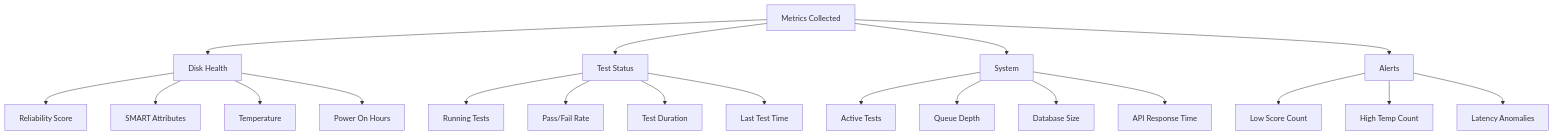
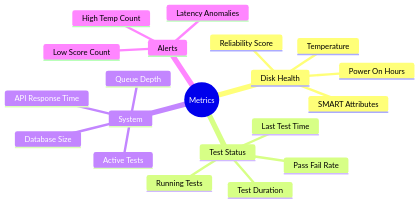
Diagram 12 of 12 in ARCHITECTURE.md (jwcrowley/burnie), drawn with Mermaid before and after one commit.

Commit message:
Restore mindmap diagram
User prefers mindmap format despite GitHub rendering quirks

````diff
--- a/ARCHITECTURE.md
+++ b/ARCHITECTURE.md
@@ -485,51 +485,23 @@
 ```mermaid
-graph TB
-    METRICS[Metrics Collected]
-
-    DH[Disk Health]
-    DH_RS[Reliability Score]
-    DH_SMART[SMART Attributes]
-    DH_TEMP[Temperature]
-    DH_PWR[Power On Hours]
-
-    TS[Test Status]
-    TS_RUN[Running Tests]
-    TS_RATE[Pass/Fail Rate]
-    TS_DUR[Test Duration]
-    TS_LAST[Last Test Time]
-
-    SYS[System]
-    SYS_ACT[Active Tests]
-    SYS_Q[Queue Depth]
-    SYS_DB[Database Size]
-    SYS_API[API Response Time]
-
-    AL[Alerts]
-    AL_SCORE[Low Score Count]
-    AL_TEMP[High Temp Count]
-    AL_LAT[Latency Anomalies]
-
-    METRICS --> DH
-    METRICS --> TS
-    METRICS --> SYS
-    METRICS --> AL
-
-    DH --> DH_RS
-    DH --> DH_SMART
-    DH --> DH_TEMP
-    DH --> DH_PWR
-
-    TS --> TS_RUN
-    TS --> TS_RATE
-    TS --> TS_DUR
-    TS --> TS_LAST
-
-    SYS --> SYS_ACT
-    SYS --> SYS_Q
-    SYS --> SYS_DB
-    SYS --> SYS_API
-
-    AL --> AL_SCORE
-    AL --> AL_TEMP
-    AL --> AL_LAT
+mindmap
+  root((Metrics))
+    Disk Health
+      Reliability Score
+      SMART Attributes
+      Temperature
+      Power On Hours
+    Test Status
+      Running Tests
+      Pass Fail Rate
+      Test Duration
+      Last Test Time
+    System
+      Active Tests
+      Queue Depth
+      Database Size
+      API Response Time
+    Alerts
+      Low Score Count
+      High Temp Count
+      Latency Anomalies
 ```
````
